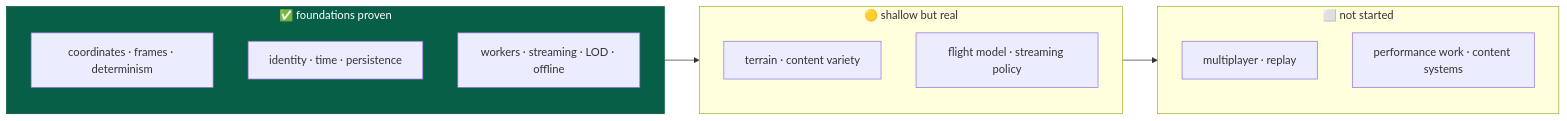
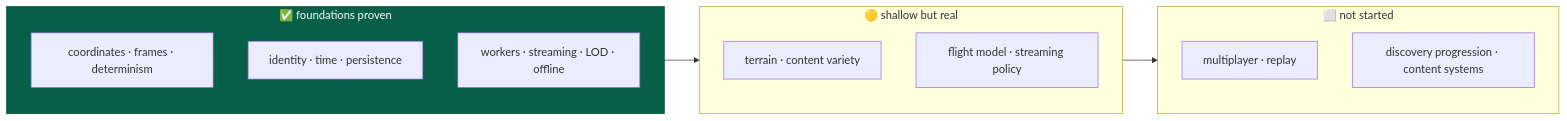
The first of 3 diagrams in docs/roadmap.md (jonjaques/inertialref), drawn with Mermaid before and after one commit. The commit also changed other lines of this file and 53 other files, not shown here.

````diff
--- a/docs/roadmap.md
+++ b/docs/roadmap.md
@@ -16,18 +16,18 @@
 ```mermaid
 flowchart LR
     subgraph DONE["✅ foundations proven"]
         D1["coordinates · frames · determinism"]
         D2["identity · time · persistence"]
         D3["workers · streaming · LOD · offline"]
     end
     subgraph NEXT["🟡 shallow but real"]
         N1["terrain · content variety"]
         N2["flight model · streaming policy"]
     end
     subgraph LATER["⬜ not started"]
         L1["multiplayer · replay"]
-        L2["performance work · content systems"]
+        L2["discovery progression · content systems"]
     end
     DONE --> NEXT --> LATER
     style DONE fill:#065f46,stroke:#064e3b,color:#fff
 ```
````
